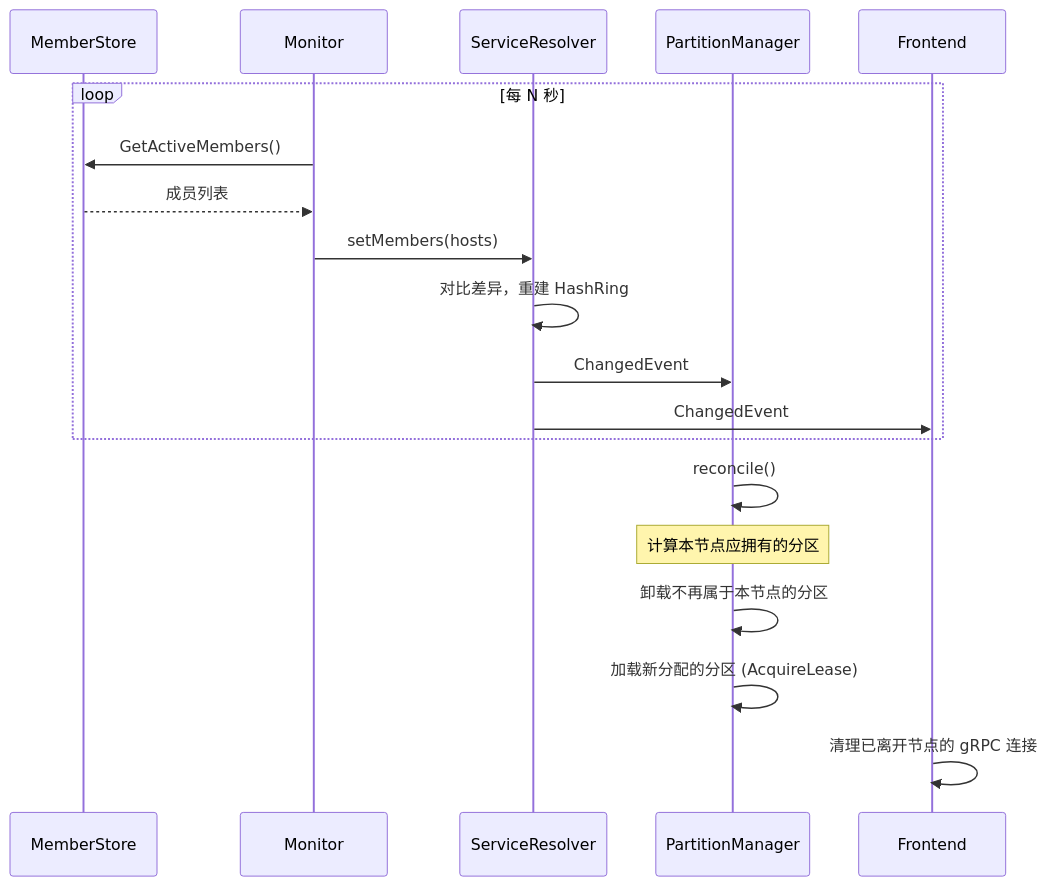
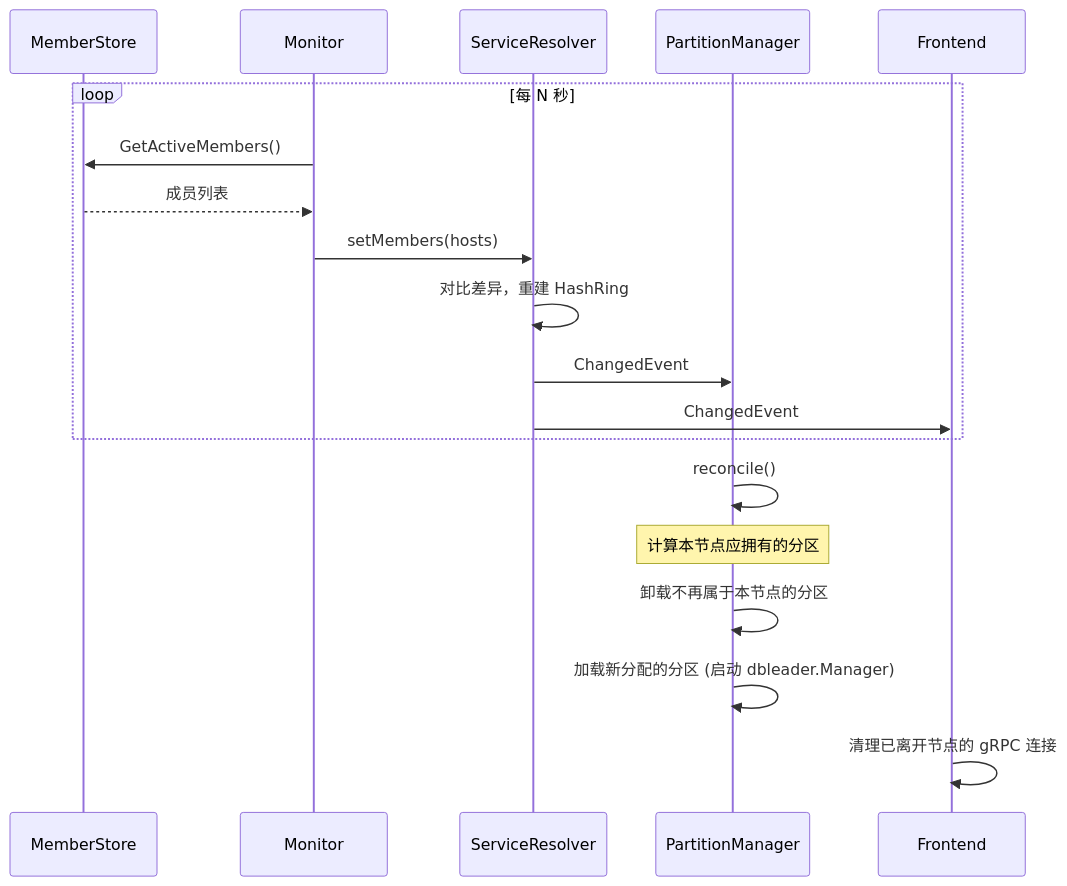
The ninth of 9 diagrams in README.md (donutnomad/taskq), drawn with Mermaid before and after one commit. The commit also changed other lines of this file and 19 other files, not shown here.

````diff
--- a/README.md
+++ b/README.md
@@ -342,24 +343,24 @@
 ```mermaid
 sequenceDiagram
     participant MS as MemberStore
     participant MON as Monitor
     participant SR as ServiceResolver
     participant PM as PartitionManager
     participant FE as Frontend
 
     loop 每 N 秒
         MON->>MS: GetActiveMembers()
         MS-->>MON: 成员列表
         MON->>SR: setMembers(hosts)
         SR->>SR: 对比差异，重建 HashRing
         SR->>PM: ChangedEvent
         SR->>FE: ChangedEvent
     end
 
     PM->>PM: reconcile()
     Note over PM: 计算本节点应拥有的分区
     PM->>PM: 卸载不再属于本节点的分区
-    PM->>PM: 加载新分配的分区 (AcquireLease)
+    PM->>PM: 加载新分配的分区 (启动 dbleader.Manager)
 
     FE->>FE: 清理已离开节点的 gRPC 连接
 ```
````
